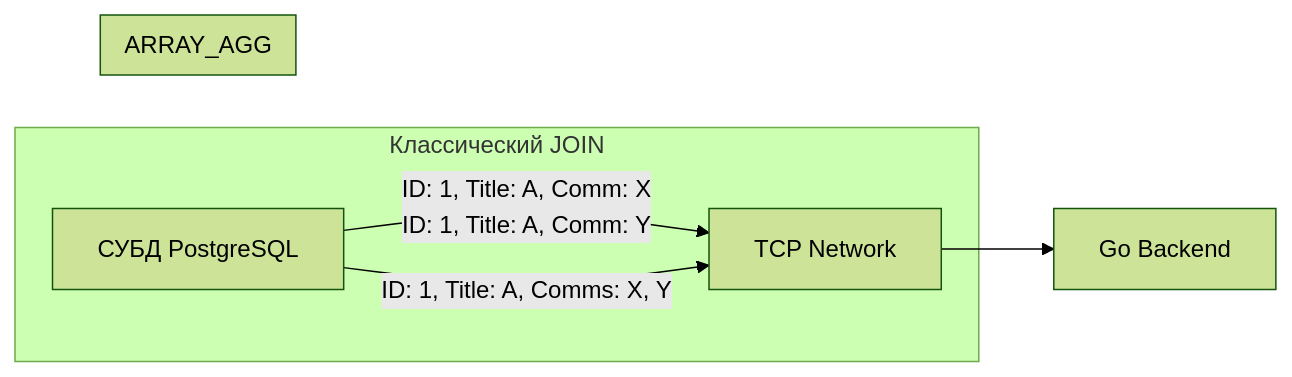
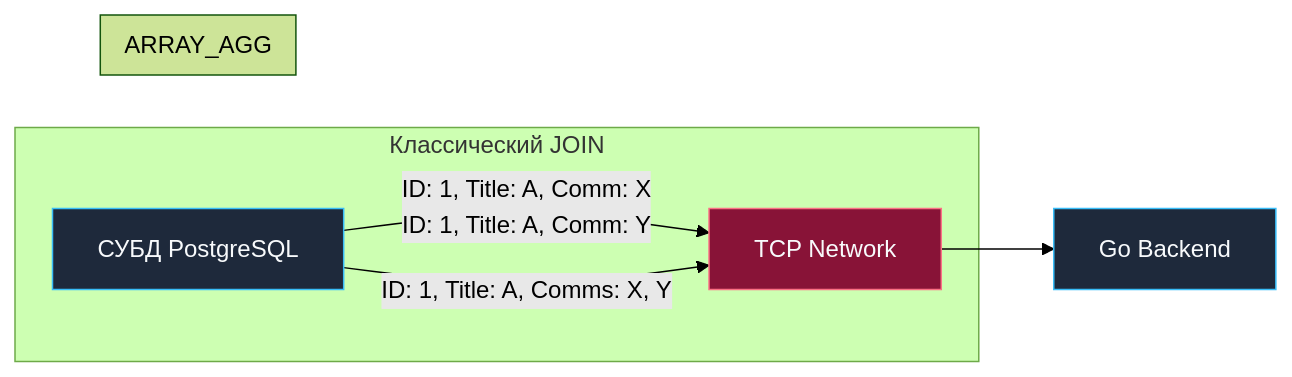
The diagram in sources/12. Базы данных/03. SQL продвинутый/9. Работа с массивами.md (UnrealTemplier/go-textbook), drawn with Mermaid (forest theme) before and after one commit. The commit also changed 1666 other files, not shown here.

First line of the commit message:
feat(mermaid): add semantic color classDef to 1369 colorless flowchart/graph diagrams

````diff
--- a/sources/12. Базы данных/03. SQL продвинутый/9. Работа с массивами.md
+++ b/sources/12. Базы данных/03. SQL продвинутый/9. Работа с массивами.md
@@ -126,16 +126,26 @@
 ```mermaid
 flowchart LR
-    DB["СУБД PostgreSQL"]
-    Net["TCP Network"]
-    Go["Go Backend"]
+    classDef process  fill:#1e293b,stroke:#38bdf8,stroke-width:1px,color:#f8fafc
+    classDef success  fill:#064e3b,stroke:#34d399,stroke-width:1px,color:#f8fafc
+    classDef error    fill:#7f1d1d,stroke:#f87171,stroke-width:1px,color:#f8fafc
+    classDef warning  fill:#78350f,stroke:#fbbf24,stroke-width:1px,color:#f8fafc
+    classDef entry    fill:#1e3a5f,stroke:#38bdf8,stroke-width:2px,color:#f8fafc
+    classDef aux      fill:#334155,stroke:#64748b,stroke-width:1px,color:#f8fafc
+    classDef system   fill:#312e81,stroke:#a78bfa,stroke-width:1px,color:#f8fafc
+    classDef data     fill:#132d29,stroke:#2dd4bf,stroke-width:1px,color:#f8fafc
+    classDef network  fill:#881337,stroke:#fb7185,stroke-width:1px,color:#f8fafc
+    classDef accent   fill:#1e1b4b,stroke:#818cf8,stroke-width:1px,color:#f8fafc
+    DB["СУБД PostgreSQL"]:::process
+    Net["TCP Network"]:::network
+    Go["Go Backend"]:::process
 
     subgraph Классический JOIN
     DB -->|"ID: 1, Title: A, Comm: X<br>ID: 1, Title: A, Comm: Y"| Net
     end
 
     subgraph ARRAY_AGG
     DB -->|"ID: 1, Title: A, Comms: X, Y"| Net
     end
     
     Net --> Go
 ```
````
